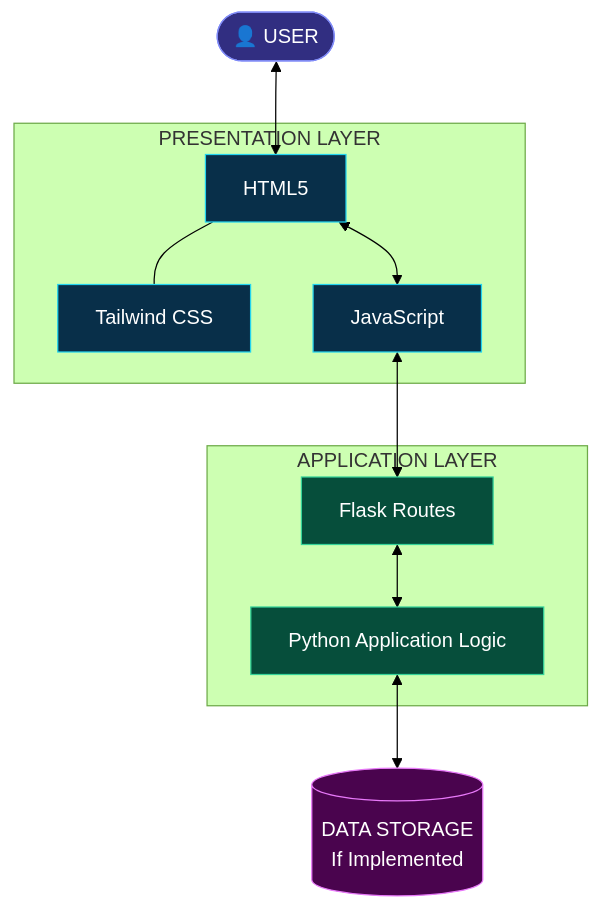
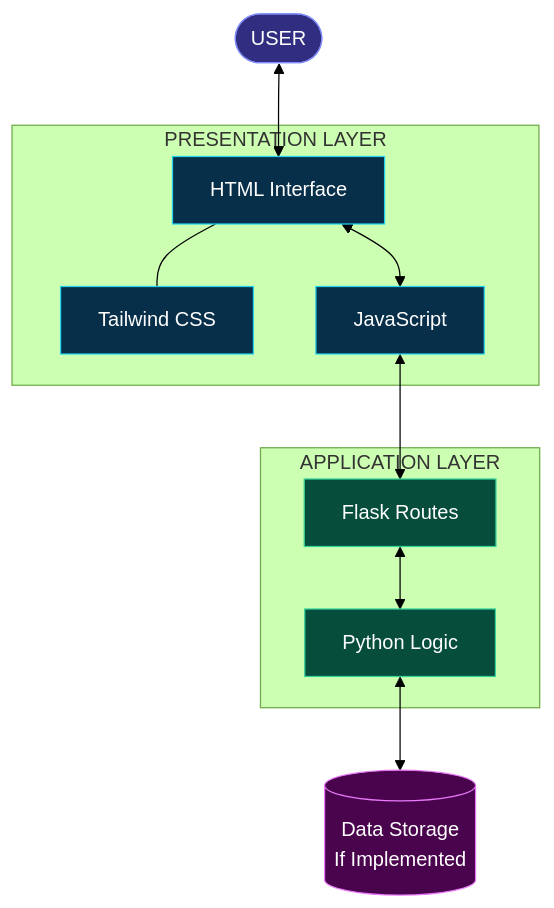
The first of 4 diagrams in README.md (maahii-in/first-pratice-2021), drawn with Mermaid (forest theme) before and after one commit. The commit also changed other lines of this file, not shown here.

````diff
--- a/README.md
+++ b/README.md
@@ -445,34 +518,34 @@
 ```mermaid
 flowchart TB
-    USER(["👤 USER"])
+    U(["USER"])
 
-    subgraph FRONTEND["PRESENTATION LAYER"]
-        HTML["HTML5"]
+    subgraph CLIENT["PRESENTATION LAYER"]
+        HTML["HTML Interface"]
         CSS["Tailwind CSS"]
         JS["JavaScript"]
     end
 
-    subgraph BACKEND["APPLICATION LAYER"]
-        FLASK["Flask Routes"]
-        PYTHON["Python Application Logic"]
+    subgraph SERVER["APPLICATION LAYER"]
+        ROUTES["Flask Routes"]
+        LOGIC["Python Logic"]
     end
 
-    STORE[("DATA STORAGE<br/>If Implemented")]
+    DB[("Data Storage<br/>If Implemented")]
 
-    USER <--> HTML
+    U <--> HTML
     HTML --- CSS
     HTML <--> JS
-    JS <--> FLASK
-    FLASK <--> PYTHON
-    PYTHON <--> STORE
+    JS <--> ROUTES
+    ROUTES <--> LOGIC
+    LOGIC <--> DB
 
-    classDef person fill:#312E81,stroke:#818CF8,color:#FFFFFF
-    classDef client fill:#082F49,stroke:#22D3EE,color:#FFFFFF
-    classDef server fill:#064E3B,stroke:#34D399,color:#FFFFFF
-    classDef data fill:#4A044E,stroke:#E879F9,color:#FFFFFF
+    classDef user fill:#312E81,stroke:#818CF8,color:#FFFFFF
+    classDef frontend fill:#082F49,stroke:#22D3EE,color:#FFFFFF
+    classDef backend fill:#064E3B,stroke:#34D399,color:#FFFFFF
+    classDef storage fill:#4A044E,stroke:#E879F9,color:#FFFFFF
 
-    class USER person
-    class HTML,CSS,JS client
-    class FLASK,PYTHON server
-    class STORE data
+    class U user
+    class HTML,CSS,JS frontend
+    class ROUTES,LOGIC backend
+    class DB storage
 ```
````
